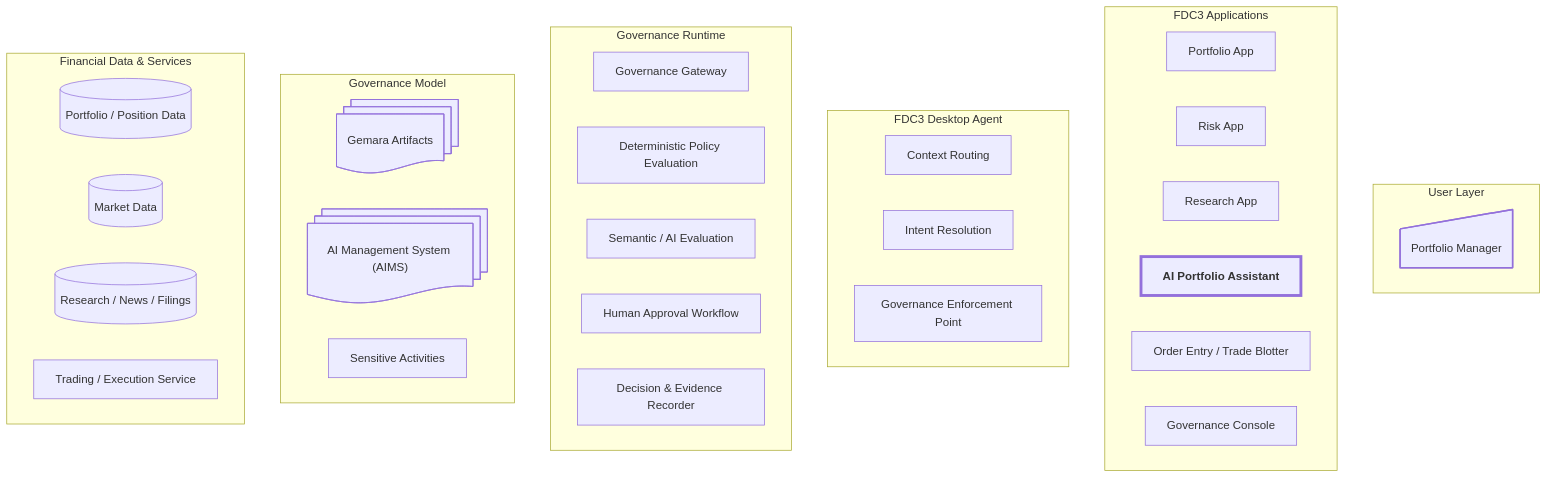
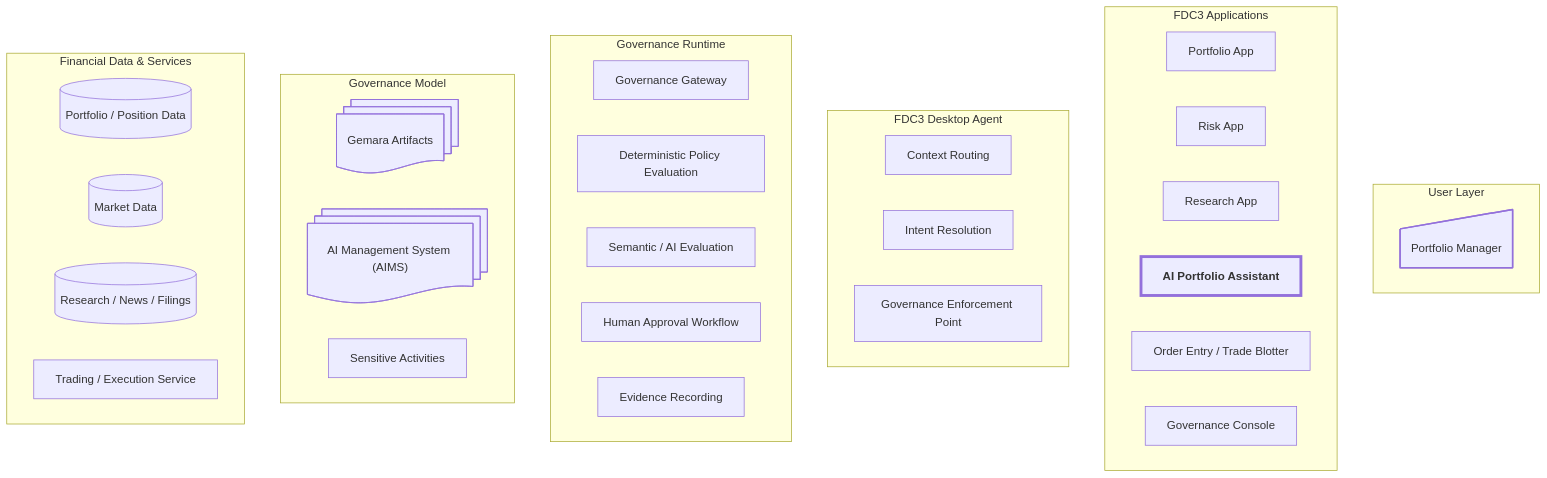
One commit to risk-first/ten-factor-governance changed the diagram in docs/artifacts/finos/ai-portfolio-assistant/architecture.mdx. Above: the diagram before and after it, drawn with Mermaid. The commit also changed other lines of this file and 103 other files, not shown here.

````diff
--- a/docs/artifacts/finos/ai-portfolio-assistant/architecture.mdx
+++ b/docs/artifacts/finos/ai-portfolio-assistant/architecture.mdx
@@ -9,67 +9,67 @@
 ```mermaid
 flowchart TB
 
     %% =========================
     %% User Layer
     %% =========================
     subgraph L1["User Layer"]
         USER@{ shape: manual-input, label: "Portfolio Manager" }
     end
 
     %% =========================
     %% FDC3 Application Layer
     %% =========================
     subgraph L2["FDC3 Applications"]
         PORT["Portfolio App"]
         RISK["Risk App"]
         RES["Research App"]
         AI["<b>AI Portfolio Assistant</b>"]
         ORDER["Order Entry / Trade Blotter"]
         GOVAPP["Governance Console"]
     end
 
     %% =========================
     %% FDC3 Desktop Layer
     %% =========================
     subgraph L3["FDC3 Desktop Agent"]
         CTX["Context Routing"]
         INTENT["Intent Resolution"]
         ENFORCE["Governance Enforcement Point"]
     end
 
     %% =========================
     %% Governance Runtime Layer
     %% =========================
     subgraph L4["Governance Runtime"]
         GW["Governance Gateway"]
         POLICY["Deterministic Policy Evaluation"]
         SEM["Semantic / AI Evaluation"]
         APPROVAL["Human Approval Workflow"]
-        RECORD["Decision & Evidence Recorder"]
+        RECORD["Evidence Recording"]
     end
 
     %% =========================
     %% Governance Model Layer
     %% =========================
     subgraph L5["Governance Model"]
         GEMARA@{shape: docs, label: "Gemara Artifacts"}
         GUIDANCE@{shape: docs, label: "AI Management System (AIMS)"}
         ACTIVITIES["Sensitive Activities"]
     end
 
     %% =========================
     %% Financial Data & Services
     %% =========================
     subgraph L6["Financial Data & Services"]
         PDATA[("Portfolio / Position Data")]
         MDATA[("Market Data")]
         RDATA[("Research / News / Filings")]
         EXEC["Trading / Execution Service"]
     end
 
     %% =========================
     %% Styling
     %% =========================
     style AI stroke-width:4px,font-weight:bold
     style USER stroke-width:2px
 ```
````
